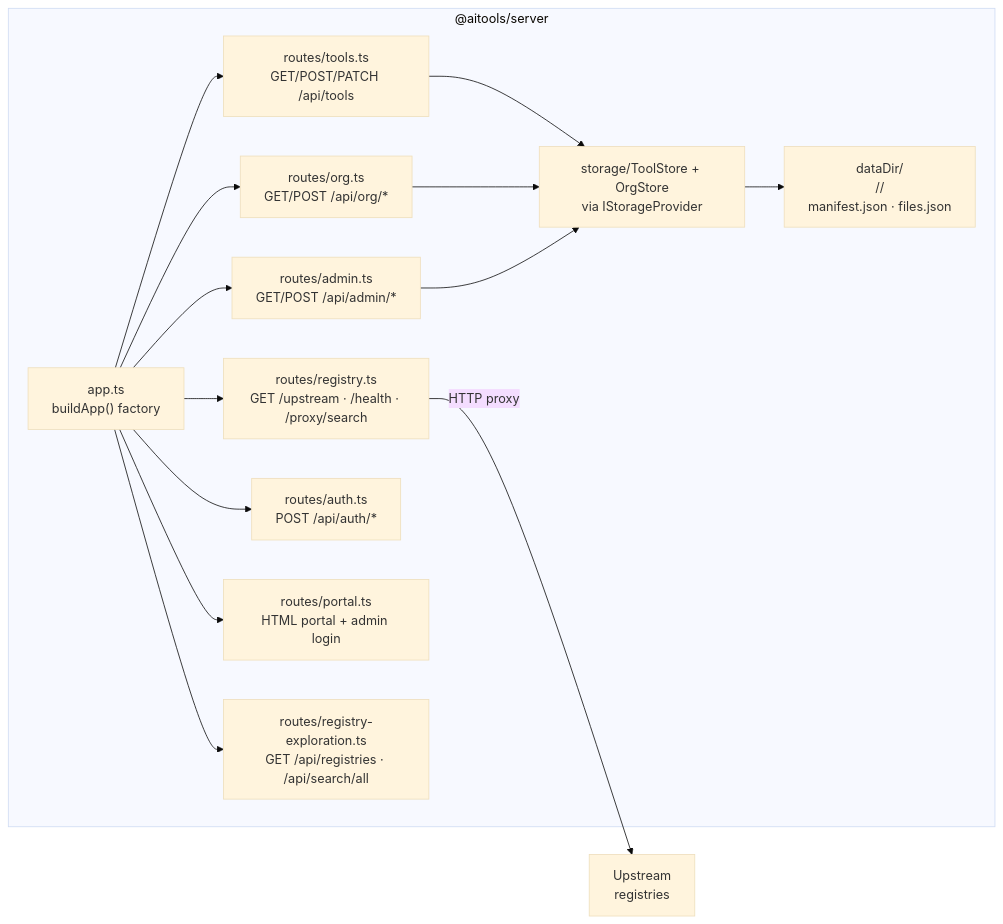
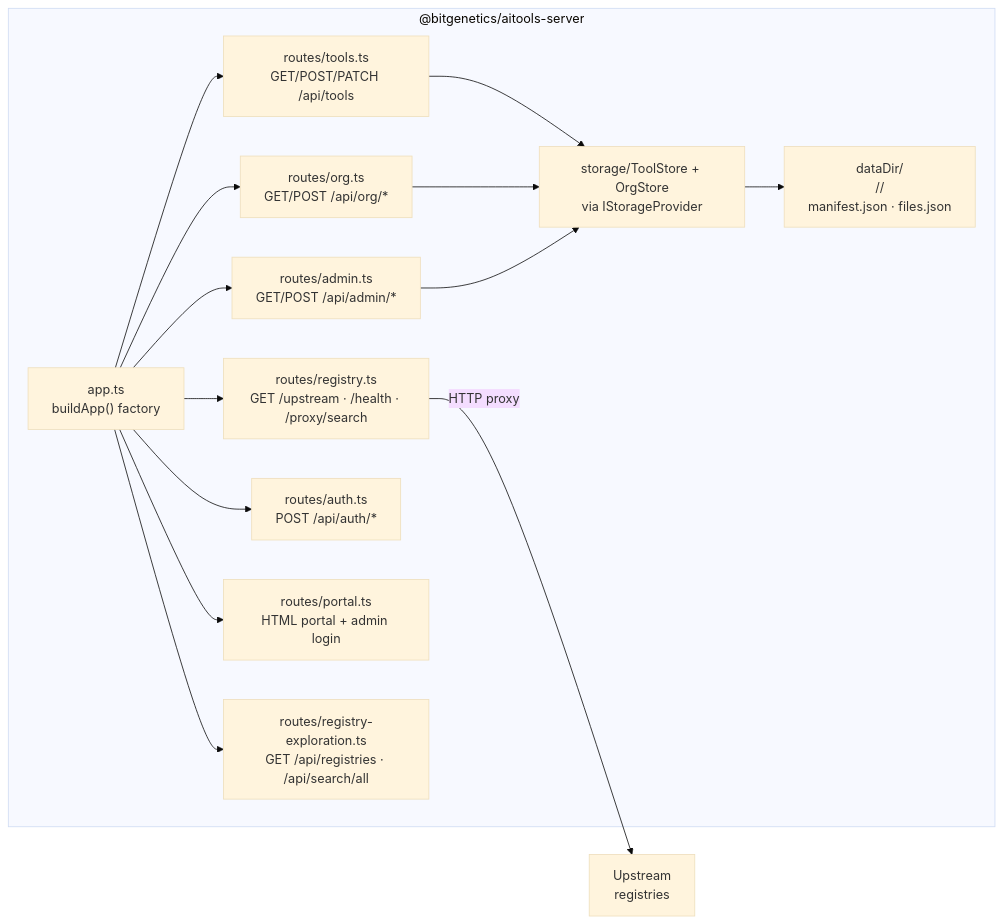
One commit to bitgenetics/aitools changed the fifth of 7 diagrams in docs/design/architecture.md. Above: the diagram before and after it, drawn with Mermaid (base theme). The commit also changed other lines of this file and 159 other files, not shown here.

````diff
--- a/docs/design/architecture.md
+++ b/docs/design/architecture.md
@@ -123,28 +123,28 @@
 ```mermaid
 graph LR
-    subgraph server["@aitools/server"]
+    subgraph server["@bitgenetics/aitools-server"]
         app["app.ts<br/>buildApp() factory"]
         tools_route["routes/tools.ts<br/>GET/POST/PATCH /api/tools"]
         registry_route["routes/registry.ts<br/>GET /upstream · /health · /proxy/search"]
         org_route["routes/org.ts<br/>GET/POST /api/org/*"]
         admin_route["routes/admin.ts<br/>GET/POST /api/admin/*"]
         auth_route["routes/auth.ts<br/>POST /api/auth/*"]
         portal_route["routes/portal.ts<br/>HTML portal + admin login"]
         exploration_route["routes/registry-exploration.ts<br/>GET /api/registries · /api/search/all"]
         store["storage/ToolStore + OrgStore<br/>via IStorageProvider"]
         datafs["dataDir/<br/><name>/<version>/<br/>manifest.json · files.json"]
     end
 
     app --> tools_route
     app --> registry_route
     app --> org_route
     app --> admin_route
     app --> auth_route
     app --> portal_route
     app --> exploration_route
     tools_route --> store
     org_route --> store
     admin_route --> store
     registry_route -- "HTTP proxy" --> upstream_reg["Upstream<br/>registries"]
     store --> datafs
 ```
````
